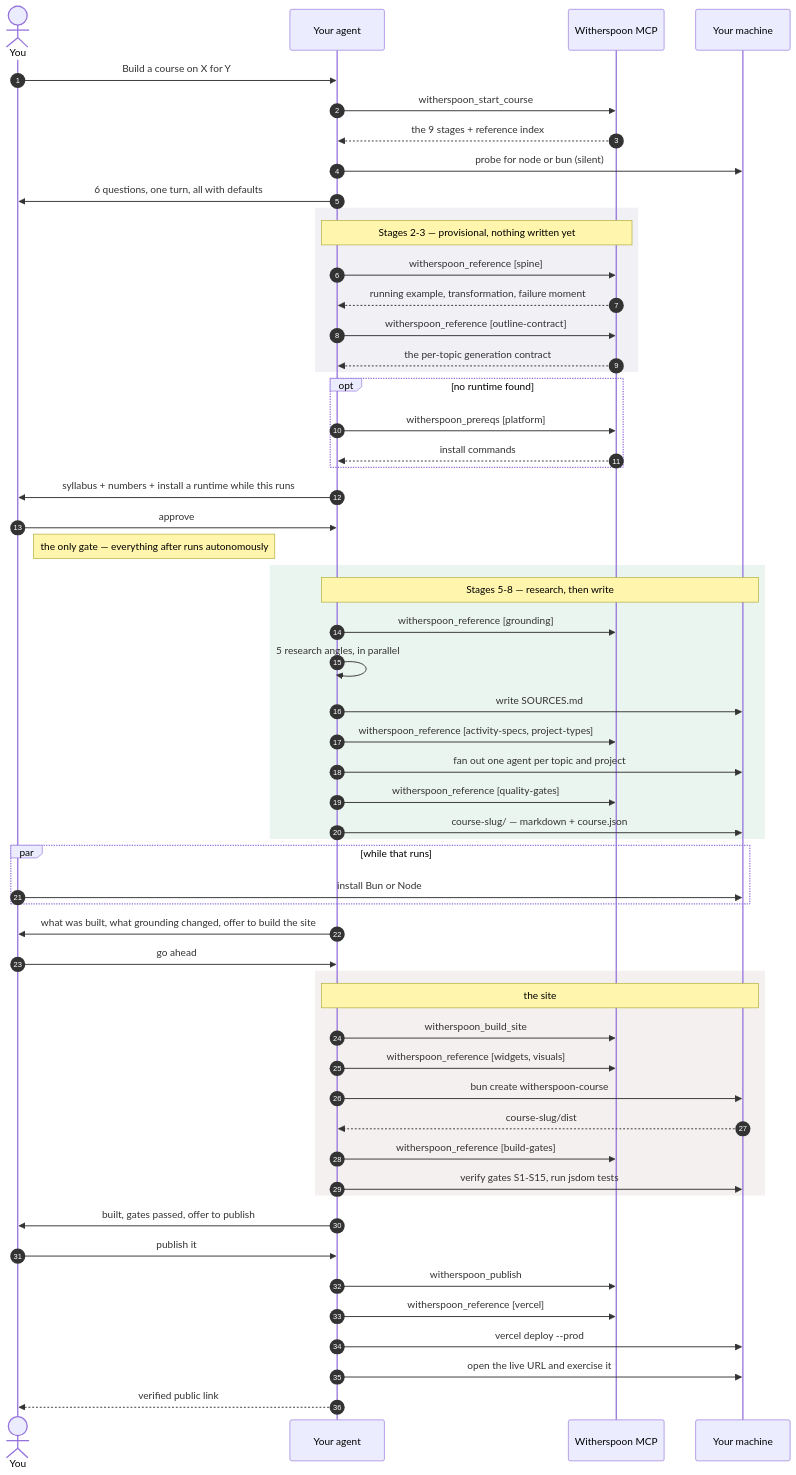
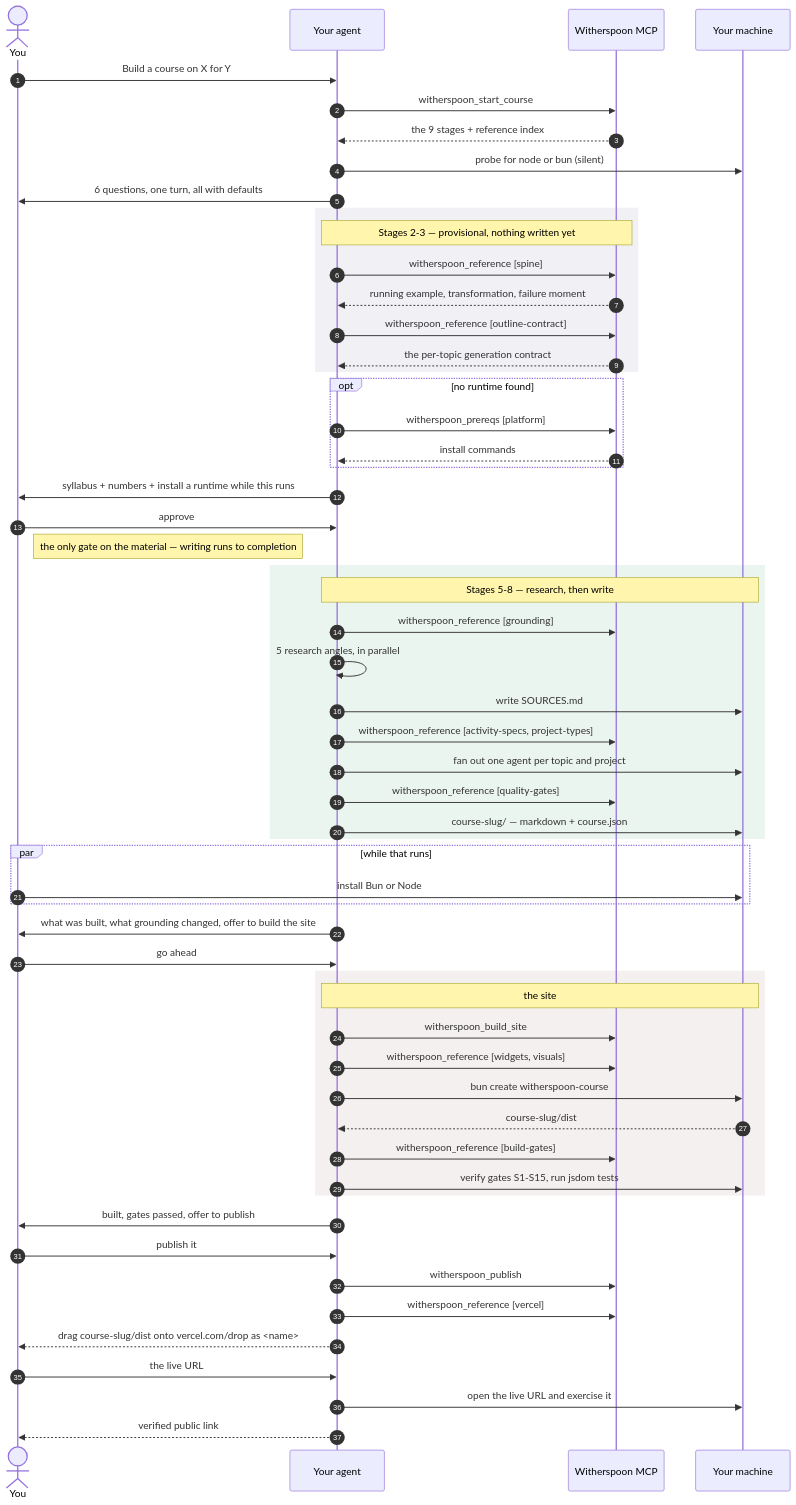
The diagram in README.md (colinmollenhour/witherspoon), drawn with Mermaid before and after one commit. The commit also changed other lines of this file and 9 other files, not shown here.

````diff
--- a/README.md
+++ b/README.md
@@ -329,68 +342,69 @@
 ```mermaid
 sequenceDiagram
     autonumber
     actor U as You
     participant A as Your agent
     participant W as Witherspoon MCP
     participant M as Your machine
 
     U->>A: Build a course on X for Y
     A->>W: witherspoon_start_course
     W-->>A: the 9 stages + reference index
     A->>M: probe for node or bun (silent)
     A->>U: 6 questions, one turn, all with defaults
 
     rect rgb(240, 240, 245)
     Note over A,W: Stages 2-3 — provisional, nothing written yet
     A->>W: witherspoon_reference [spine]
     W-->>A: running example, transformation, failure moment
     A->>W: witherspoon_reference [outline-contract]
     W-->>A: the per-topic generation contract
     end
 
     opt no runtime found
     A->>W: witherspoon_prereqs [platform]
     W-->>A: install commands
     end
 
     A->>U: syllabus + numbers + install a runtime while this runs
     U->>A: approve
-    Note right of U: the only gate — everything after runs autonomously
+    Note right of U: the only gate on the material — writing runs to completion
 
     rect rgb(235, 245, 240)
     Note over A,M: Stages 5-8 — research, then write
     A->>W: witherspoon_reference [grounding]
     A->>A: 5 research angles, in parallel
     A->>M: write SOURCES.md
     A->>W: witherspoon_reference [activity-specs, project-types]
     A->>M: fan out one agent per topic and project
     A->>W: witherspoon_reference [quality-gates]
     A->>M: course-slug/ — markdown + course.json
     end
 
     par while that runs
     U->>M: install Bun or Node
     end
 
     A->>U: what was built, what grounding changed, offer to build the site
     U->>A: go ahead
 
     rect rgb(245, 240, 240)
     Note over A,M: the site
     A->>W: witherspoon_build_site
     A->>W: witherspoon_reference [widgets, visuals]
     A->>M: bun create witherspoon-course
     M-->>A: course-slug/dist
     A->>W: witherspoon_reference [build-gates]
     A->>M: verify gates S1-S15, run jsdom tests
     end
 
     A->>U: built, gates passed, offer to publish
     U->>A: publish it
 
     A->>W: witherspoon_publish
     A->>W: witherspoon_reference [vercel]
-    A->>M: vercel deploy --prod
+    A-->>U: drag course-slug/dist onto vercel.com/drop as <name>
+    U->>A: the live URL
     A->>M: open the live URL and exercise it
     A-->>U: verified public link
 ```
````
